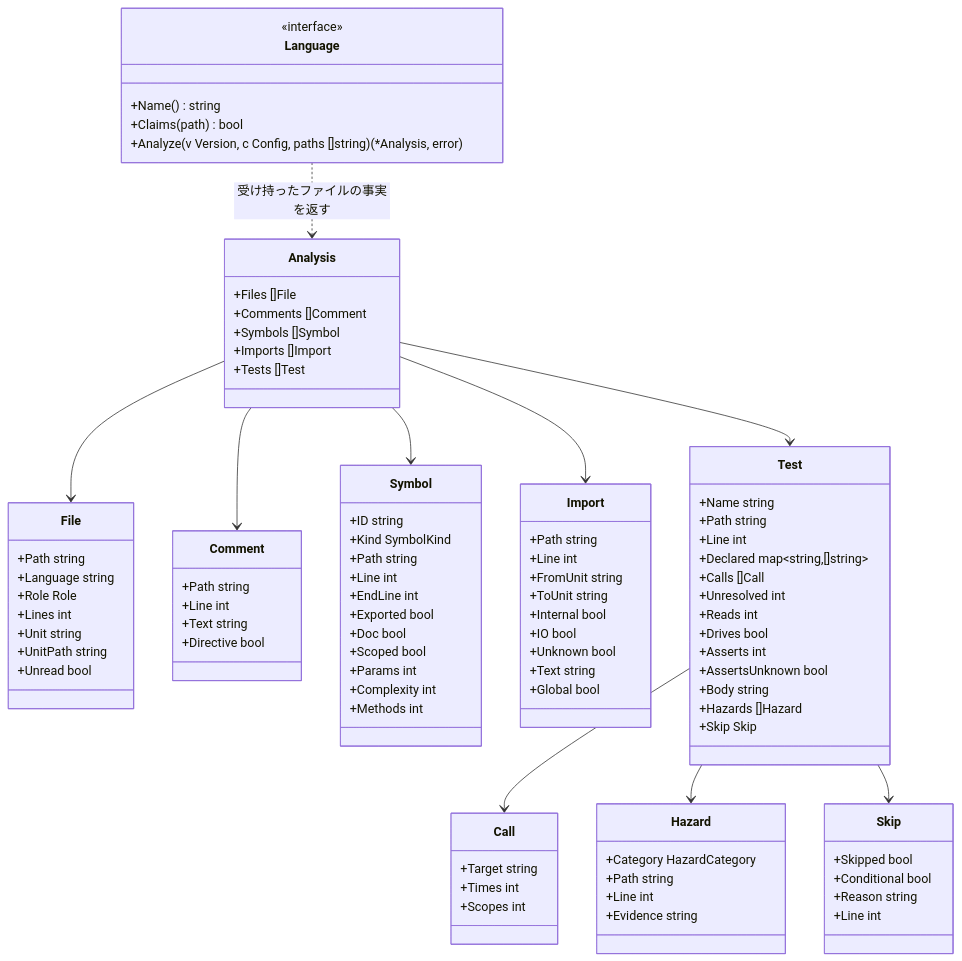
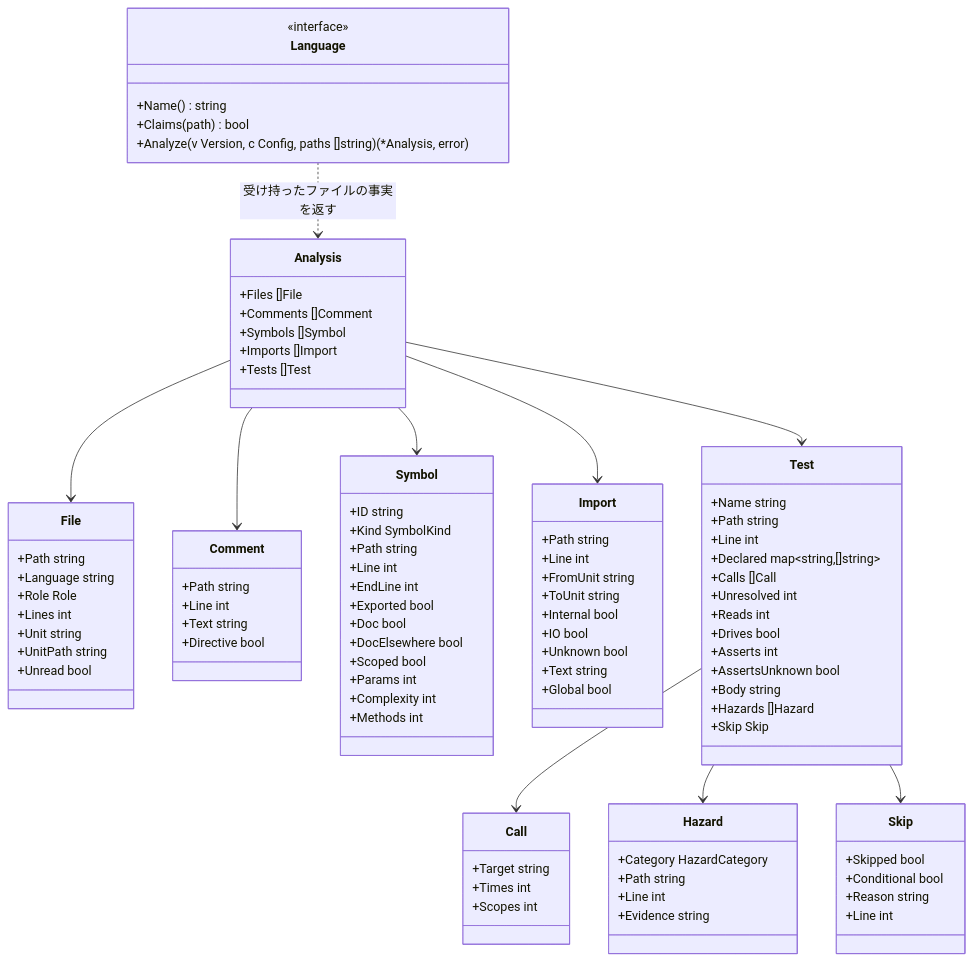
Before and after one commit to rerorets/hadome: the diagram in docs/design/adapters.ja.md, drawn with Mermaid. The commit also changed 26 other files, not shown here.

```diff
--- a/docs/design/adapters.ja.md
+++ b/docs/design/adapters.ja.md
@@ -52,6 +52,7 @@
     +EndLine int
     +Exported bool
     +Doc bool
+    +DocElsewhere bool
     +Scoped bool
     +Params int
     +Complexity int
```
